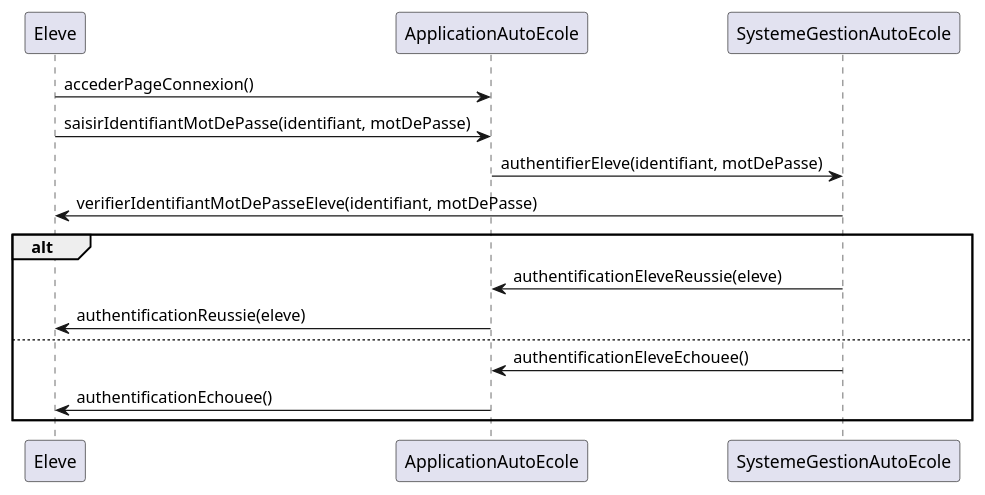
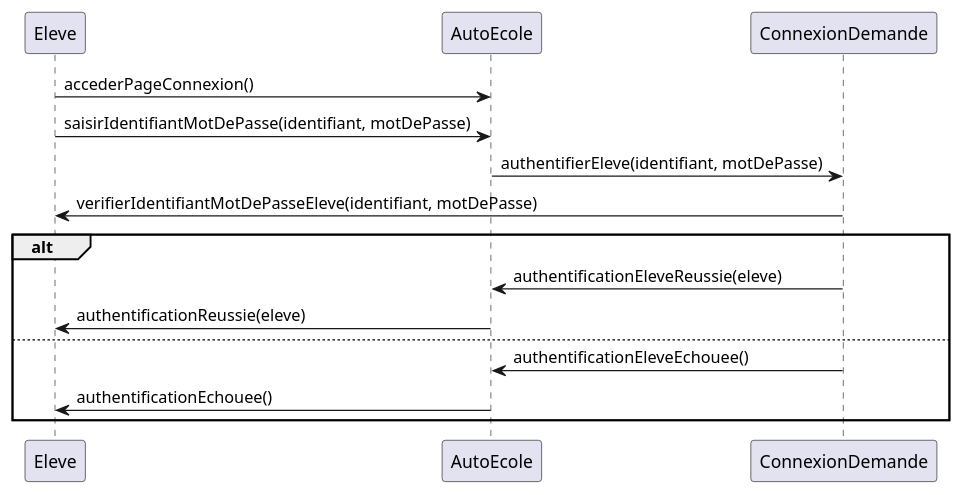
The diagram in Rendu 2/Diagramme de sequence/s'authentifier.pu (jerbi2026/Auto_ecole), drawn with PlantUML before and after one commit. The commit also changed 14 other files, not shown here.

```diff
--- a/Rendu 2/Diagramme de sequence/s'authentifier.pu
+++ b/Rendu 2/Diagramme de sequence/s'authentifier.pu
@@ -1,21 +1,21 @@
 @startuml
 participant Eleve
-participant ApplicationAutoEcole
-participant SystemeGestionAutoEcole
+participant AutoEcole
+participant ConnexionDemande
 
-Eleve->ApplicationAutoEcole: accederPageConnexion()
+Eleve->AutoEcole: accederPageConnexion()
 
-Eleve->ApplicationAutoEcole: saisirIdentifiantMotDePasse(identifiant, motDePasse)
+Eleve->AutoEcole: saisirIdentifiantMotDePasse(identifiant, motDePasse)
 
-ApplicationAutoEcole->SystemeGestionAutoEcole: authentifierEleve(identifiant, motDePasse)
+AutoEcole->ConnexionDemande: authentifierEleve(identifiant, motDePasse)
 
-SystemeGestionAutoEcole->Eleve: verifierIdentifiantMotDePasseEleve(identifiant, motDePasse)
+ConnexionDemande->Eleve: verifierIdentifiantMotDePasseEleve(identifiant, motDePasse)
 
 alt
-    SystemeGestionAutoEcole->ApplicationAutoEcole: authentificationEleveReussie(eleve)
-    ApplicationAutoEcole->Eleve: authentificationReussie(eleve)
+    ConnexionDemande->AutoEcole: authentificationEleveReussie(eleve)
+    AutoEcole->Eleve: authentificationReussie(eleve)
 else
-    SystemeGestionAutoEcole->ApplicationAutoEcole: authentificationEleveEchouee()
-    ApplicationAutoEcole->Eleve: authentificationEchouee()
+    ConnexionDemande->AutoEcole: authentificationEleveEchouee()
+    AutoEcole->Eleve: authentificationEchouee()
 end
 @enduml
```
